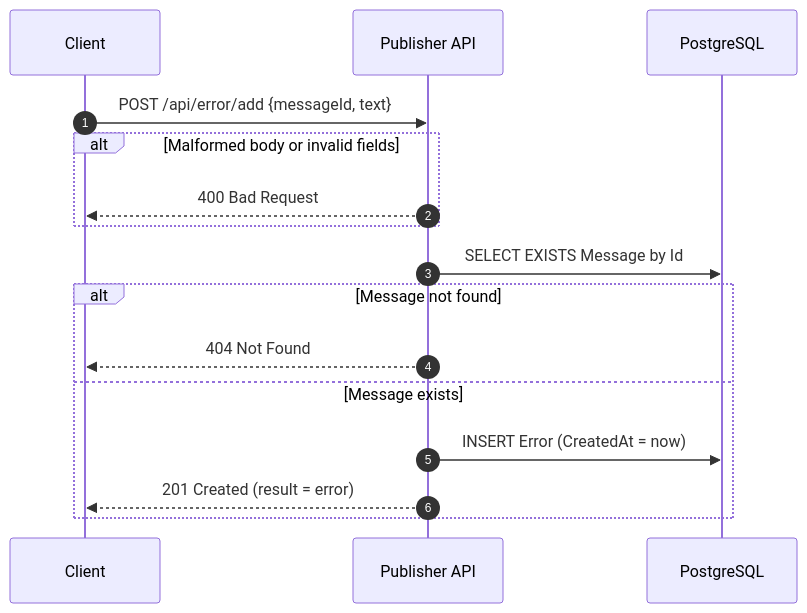
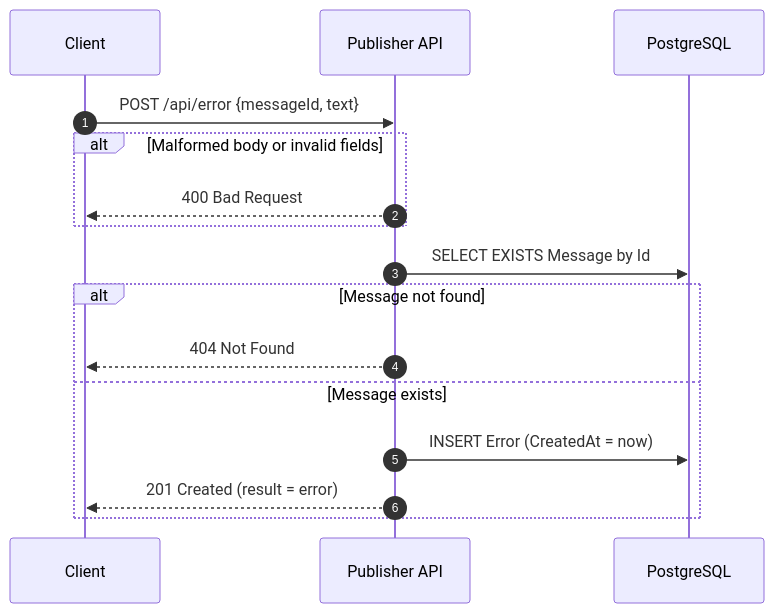
The fifth of 6 diagrams in README.md (Judamaro/rabbitmqpublisher-dotnet), drawn with Mermaid before and after one commit. The commit also changed other lines of this file and 2 other files, not shown here.

First line of the commit message:
refactor(api)!: use REST routes for errors and processed messages

````diff
--- a/README.md
+++ b/README.md
@@ -243,19 +246,19 @@
 ```mermaid
 sequenceDiagram
     autonumber
     participant Client
     participant API as Publisher API
     participant DB as PostgreSQL
 
-    Client->>API: POST /api/error/add {messageId, text}
+    Client->>API: POST /api/error {messageId, text}
     alt Malformed body or invalid fields
         API-->>Client: 400 Bad Request
     end
     API->>DB: SELECT EXISTS Message by Id
     alt Message not found
         API-->>Client: 404 Not Found
     else Message exists
         API->>DB: INSERT Error (CreatedAt = now)
         API-->>Client: 201 Created (result = error)
     end
 ```
````
